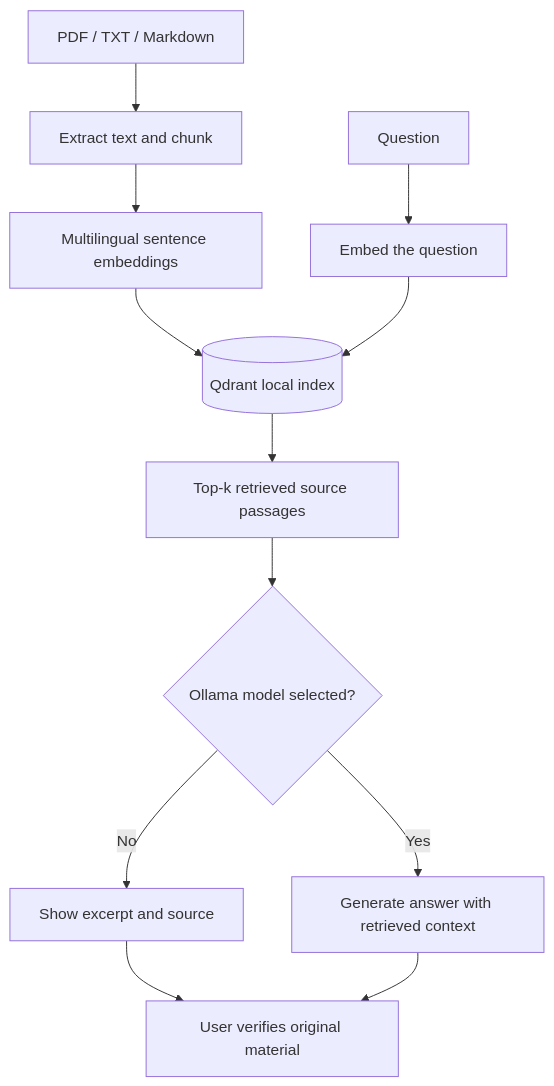
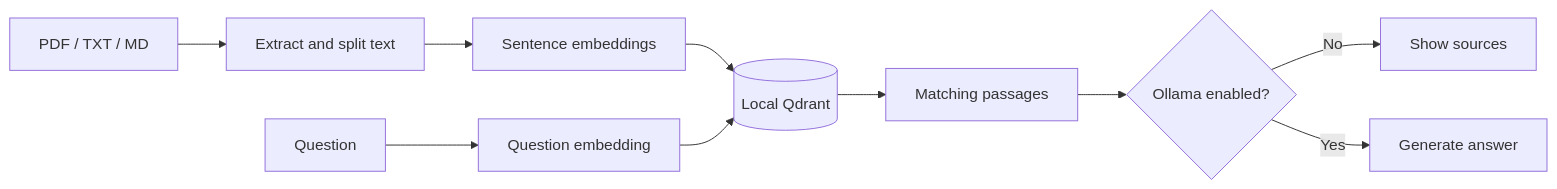
Before and after one commit to idginity124/DeskMind-AI: the diagram in README.md, drawn with Mermaid. The commit also changed other lines of this file, not shown here.

````diff
--- a/README.md
+++ b/README.md
@@ -88,14 +79,12 @@
 ```mermaid
-flowchart TD
-    A[PDF / TXT / Markdown] --> B[Extract text and chunk]
-    B --> C[Multilingual sentence embeddings]
-    C --> D[(Qdrant local index)]
-    Q[Question] --> E[Embed the question]
-    E --> D
-    D --> F[Top-k retrieved source passages]
-    F --> G{Ollama model selected?}
-    G -->|No| H[Show excerpt and source]
-    G -->|Yes| I[Generate answer with retrieved context]
-    H --> J[User verifies original material]
-    I --> J
+flowchart LR
+  A[PDF / TXT / MD] --> B[Extract and split text]
+  B --> C[Sentence embeddings]
+  C --> D[(Local Qdrant)]
+  E[Question] --> F[Question embedding]
+  F --> D
+  D --> G[Matching passages]
+  G --> H{Ollama enabled?}
+  H -->|No| I[Show sources]
+  H -->|Yes| J[Generate answer]
 ```
````
